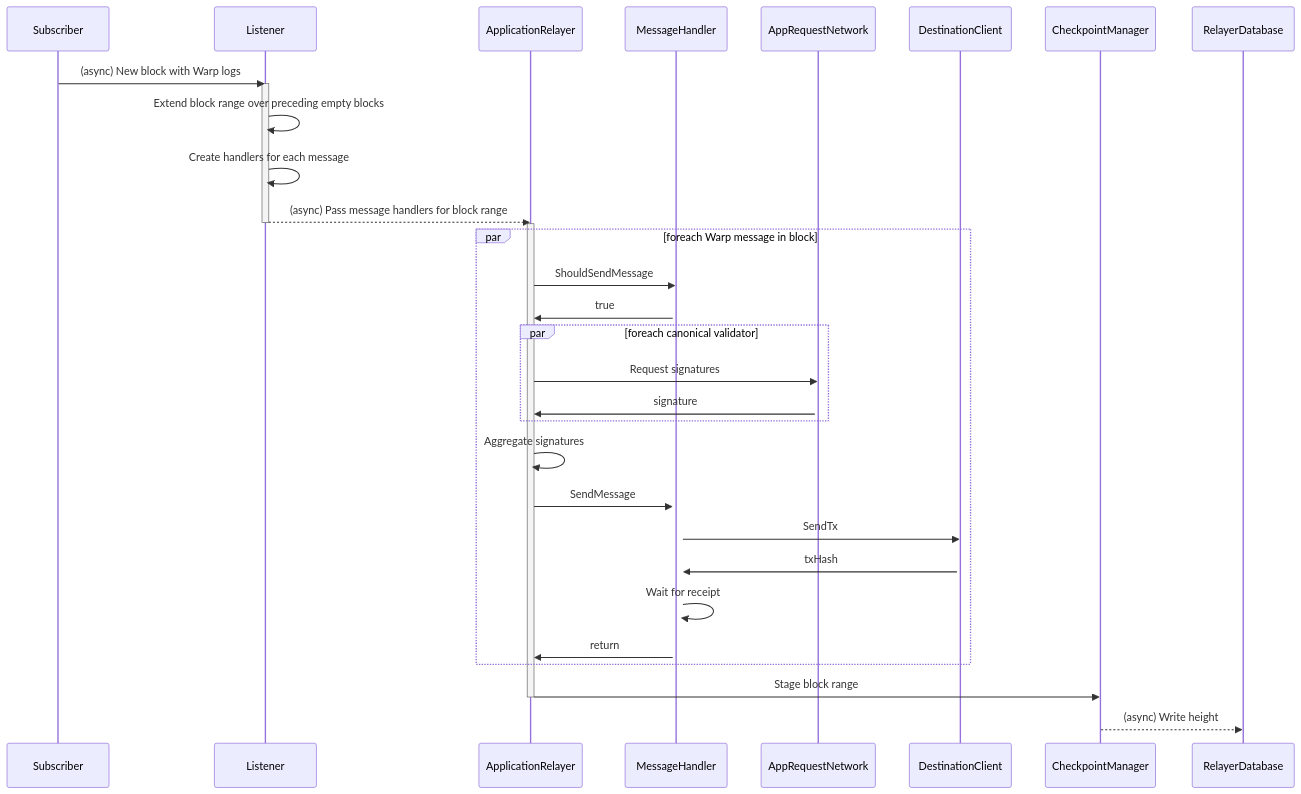
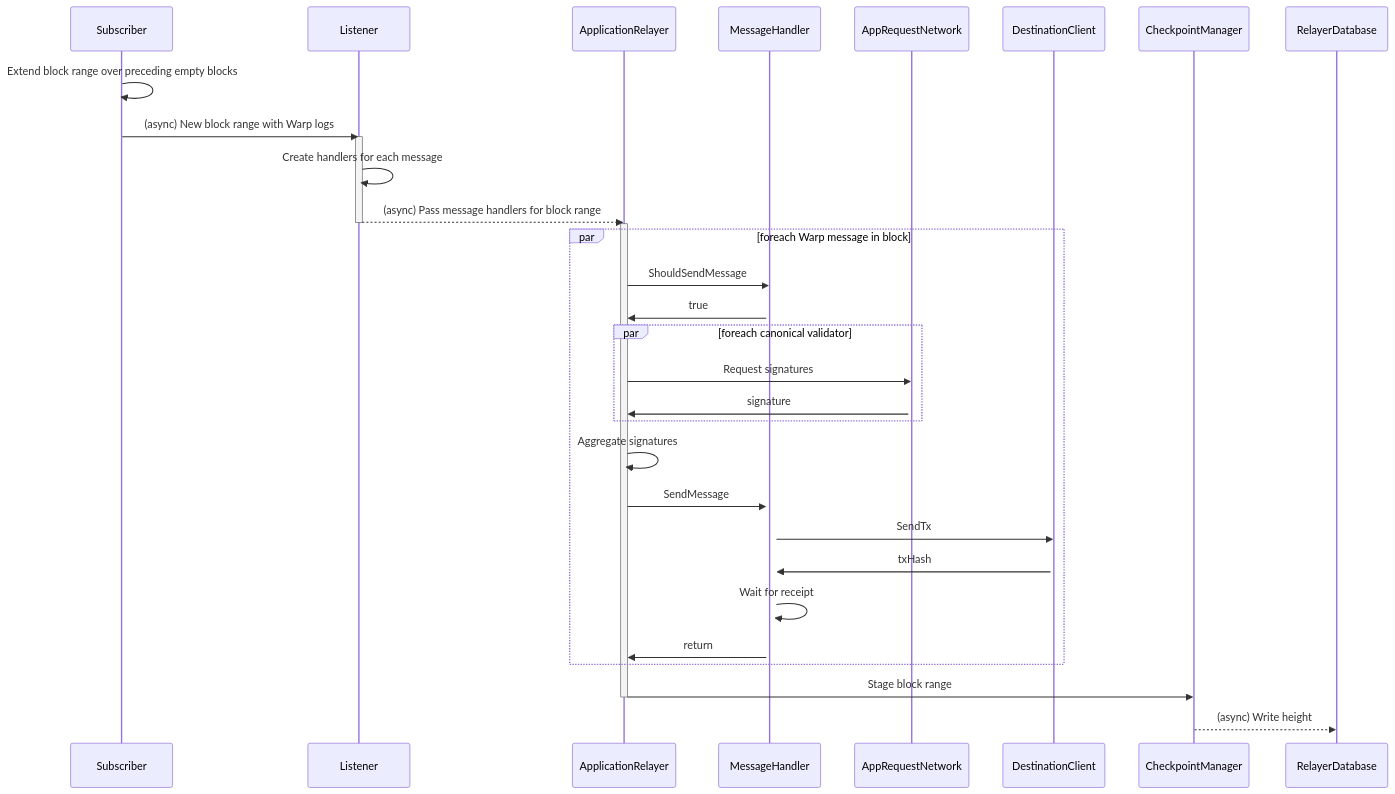
One commit to ava-labs/icm-services changed the diagram in docs/sequence.md. Above: the diagram before and after it, drawn with Mermaid. The commit also changed 4 other files, not shown here.

````diff
--- a/docs/sequence.md
+++ b/docs/sequence.md
@@ -3,42 +3,42 @@
 ```mermaid
 sequenceDiagram
     participant Subscriber
     participant Listener
     participant ApplicationRelayer
     participant MessageHandler
     participant AppRequestNetwork
     participant DestinationClient
     participant CheckpointManager
     participant RelayerDatabase
 
-    Subscriber->>Listener : (async) New block with Warp logs
+    Subscriber->>Subscriber : Extend block range over preceding empty blocks
+    Subscriber->>Listener : (async) New block range with Warp logs
     activate Listener
-    Listener->>Listener : Extend block range over preceding empty blocks
     Listener->>Listener : Create handlers for each message
     Listener-->>ApplicationRelayer : (async) Pass message handlers for block range
     deactivate Listener
     activate ApplicationRelayer
     par foreach Warp message in block
         ApplicationRelayer->>MessageHandler : ShouldSendMessage
         activate MessageHandler
         MessageHandler->>ApplicationRelayer : true
 
         par foreach canonical validator
             ApplicationRelayer->>AppRequestNetwork : Request signatures
             activate AppRequestNetwork
             AppRequestNetwork->>ApplicationRelayer : signature
         end
         ApplicationRelayer->>ApplicationRelayer : Aggregate signatures
 
         ApplicationRelayer->>MessageHandler : SendMessage
         activate MessageHandler
         MessageHandler->>DestinationClient : SendTx
         activate DestinationClient
         DestinationClient->>MessageHandler : txHash
         MessageHandler->>MessageHandler : Wait for receipt
         MessageHandler->>ApplicationRelayer : return
     end
     ApplicationRelayer->>CheckpointManager : Stage block range
     deactivate ApplicationRelayer
     CheckpointManager-->>RelayerDatabase : (async) Write height
 ```
````
